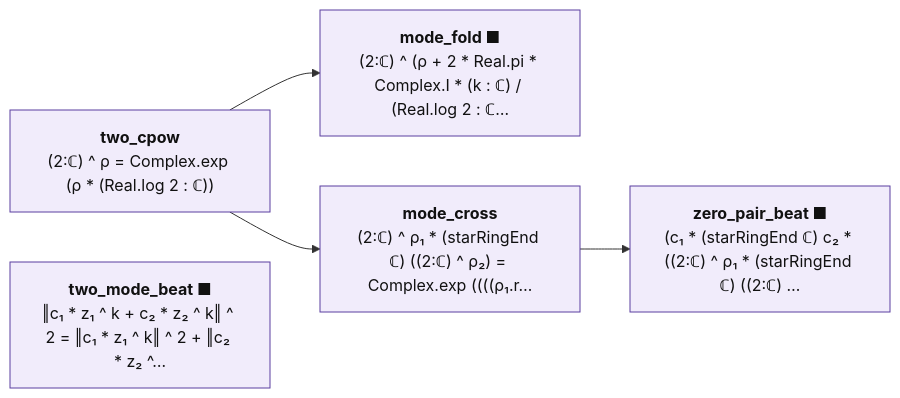
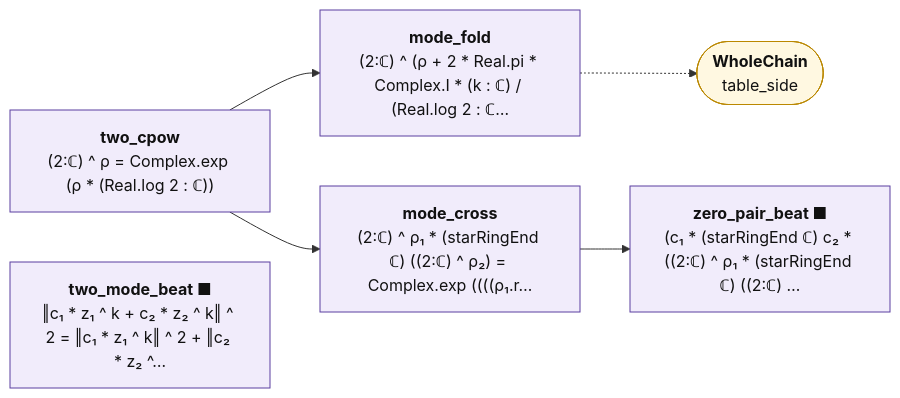
The diagram in map/lean_stage3/RunTheorems.md (juliansambranojr/Primebeat_081426), drawn with Mermaid before and after one commit. The commit also changed other lines of this file and 57 other files, not shown here.

````diff
--- a/map/lean_stage3/RunTheorems.md
+++ b/map/lean_stage3/RunTheorems.md
@@ -14,19 +14,21 @@
 ```mermaid
 flowchart LR
   n0["<b>two_cpow</b><br/>(2:ℂ) ^ ρ = Complex.exp (ρ * (Real.log 2 : ℂ))"]:::shp
-  n1["<b>mode_fold ■</b><br/>(2:ℂ) ^ (ρ + 2 * Real.pi * Complex.I * (k : ℂ) / (Real.log 2 : ℂ…"]:::shp
+  n1["<b>mode_fold</b><br/>(2:ℂ) ^ (ρ + 2 * Real.pi * Complex.I * (k : ℂ) / (Real.log 2 : ℂ…"]:::shp
   n2["<b>mode_cross</b><br/>(2:ℂ) ^ ρ₁ * (starRingEnd ℂ) ((2:ℂ) ^ ρ₂) = Complex.exp ((((ρ₁.r…"]:::shp
   n3["<b>two_mode_beat ■</b><br/>‖c₁ * z₁ ^ k + c₂ * z₂ ^ k‖ ^ 2 = ‖c₁ * z₁ ^ k‖ ^ 2 + ‖c₂ * z₂ ^…"]:::shp
   n4["<b>zero_pair_beat ■</b><br/>(c₁ * (starRingEnd ℂ) c₂ * ((2:ℂ) ^ ρ₁ * (starRingEnd ℂ) ((2:ℂ) …"]:::shp
+  x0(["<b>WholeChain</b><br/>table_side"]):::ext
   n0 --> n1
   n0 --> n2
   n2 --> n4
+  n1 -.-> x0
   classDef cnt fill:#dff5ec,stroke:#17694a,color:#111
   classDef shp fill:#f1ecfb,stroke:#5b3fa0,color:#111
   classDef rh fill:#ffe5e5,stroke:#c22,color:#111,stroke-width:2px
   classDef thm fill:#eef4ff,stroke:#335,color:#111
   classDef end_ fill:#e7f7e7,stroke:#2a7,color:#111,stroke-width:2px
   classDef lone fill:#fff,stroke:#999,color:#111,stroke-dasharray:4 3
   classDef bad fill:#ffe5e5,stroke:#c22,color:#111,stroke-width:2px
   classDef ext fill:#fff8e1,stroke:#b80,color:#111
 ```
````
